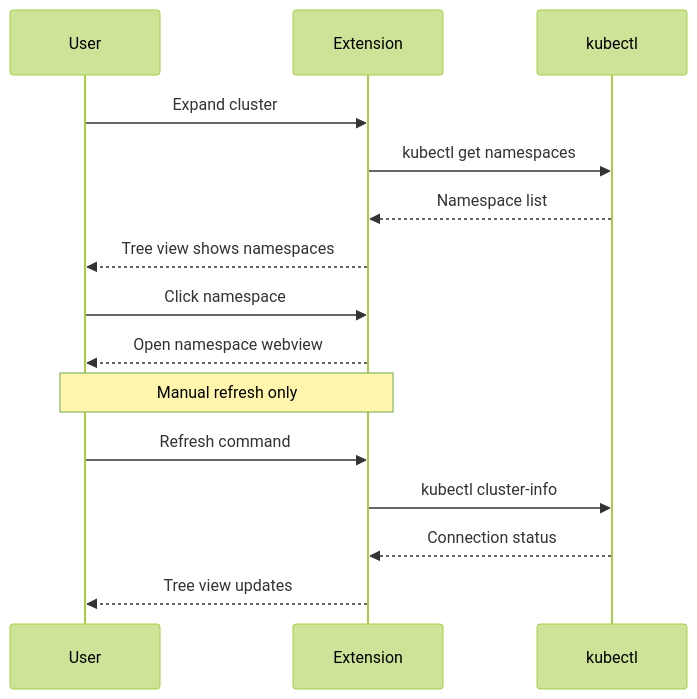
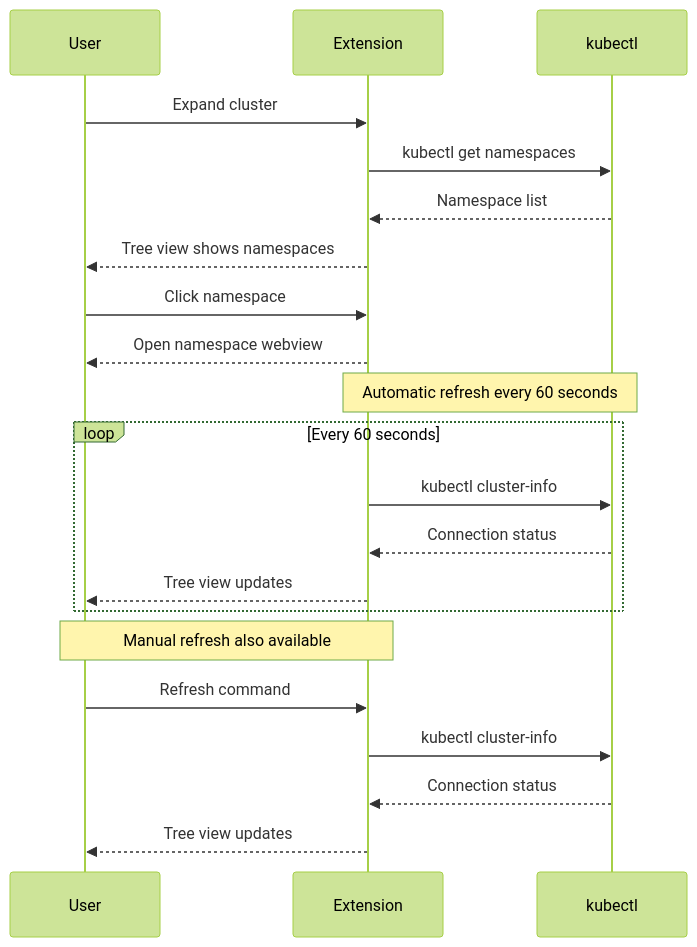
One commit to alto9/kandy changed the second of 2 diagrams in ai/specs/tree-view-spec.spec.md. Above: the diagram before and after it, drawn with Mermaid (forest theme). The commit also changed other lines of this file and 25 other files, not shown here.

First line of the commit message:
Add .nvmrc for Node version 22.14.0 and enhance tree view navigation

````diff
--- a/ai/specs/tree-view-spec.spec.md
+++ b/ai/specs/tree-view-spec.spec.md
@@ -51,20 +51,27 @@
 ```mermaid
 sequenceDiagram
     participant User
     participant Extension
     participant kubectl
 
     User->>Extension: Expand cluster
     Extension->>kubectl: kubectl get namespaces
     kubectl-->>Extension: Namespace list
     Extension-->>User: Tree view shows namespaces
 
     User->>Extension: Click namespace
     Extension-->>User: Open namespace webview
     
-    Note over User,Extension: Manual refresh only
+    Note over Extension,kubectl: Automatic refresh every 60 seconds
+    loop Every 60 seconds
+        Extension->>kubectl: kubectl cluster-info
+        kubectl-->>Extension: Connection status
+        Extension-->>User: Tree view updates
+    end
+    
+    Note over User,Extension: Manual refresh also available
     User->>Extension: Refresh command
     Extension->>kubectl: kubectl cluster-info
     kubectl-->>Extension: Connection status
     Extension-->>User: Tree view updates
 ```
````
